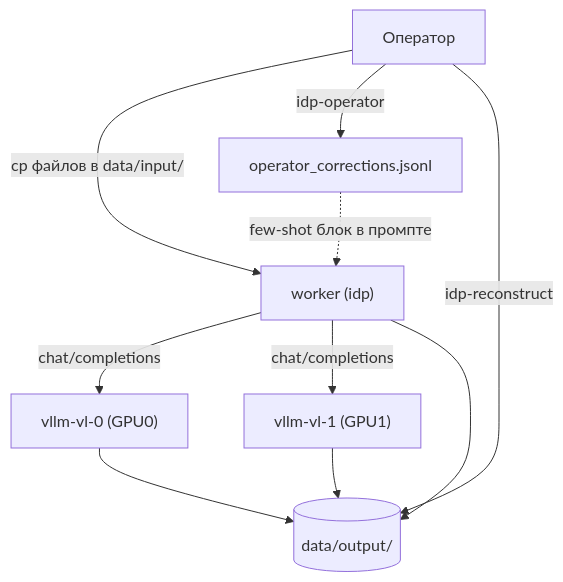
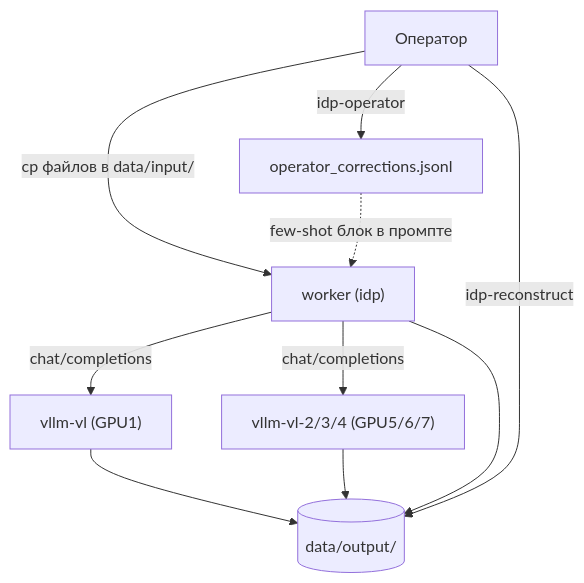
The diagram in docs/architecture.md (Zhilg/NEI), drawn with Mermaid before and after one commit. The commit also changed other lines of this file and 4 other files, not shown here.

````diff
--- a/docs/architecture.md
+++ b/docs/architecture.md
@@ -12,12 +12,12 @@
 ```mermaid
 flowchart TB
     Operator["Оператор"] -->|"cp файлов в data/input/"| Worker["worker (idp)"]
-    Worker -->|"chat/completions"| V0["vllm-vl-0 (GPU0)"]
-    Worker -->|"chat/completions"| V1["vllm-vl-1 (GPU1)"]
+    Worker -->|"chat/completions"| V0["vllm-vl (GPU1)"]
+    Worker -->|"chat/completions"| V1["vllm-vl-2/3/4 (GPU5/6/7)"]
     V0 --> FS[("data/output/")]
     V1 --> FS
     Worker --> FS
     Operator -->|"idp-reconstruct"| FS
     Operator -->|"idp-operator"| Corrections["operator_corrections.jsonl"]
     Corrections -. few-shot блок в промпте .-> Worker
 ```
````
